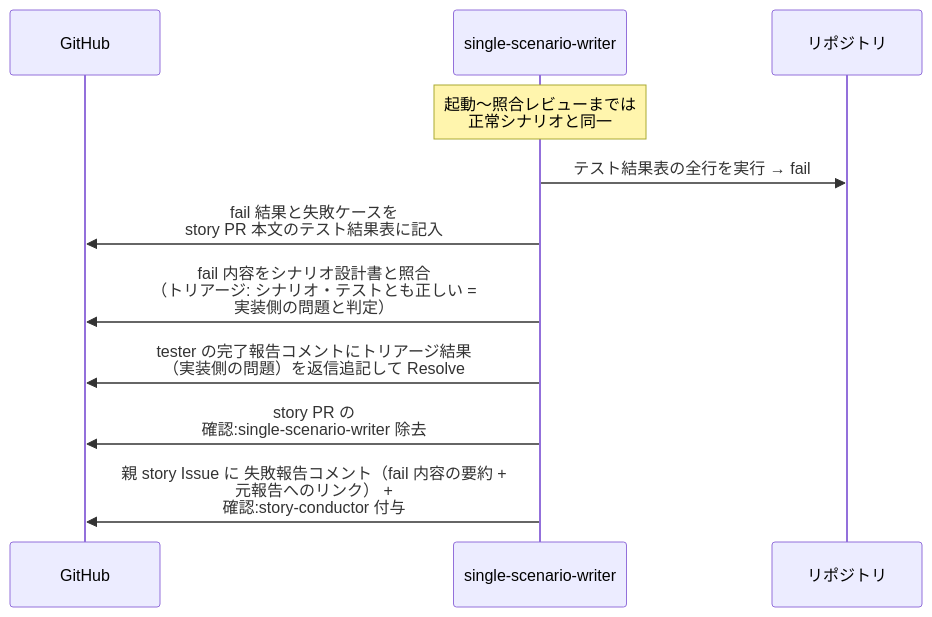
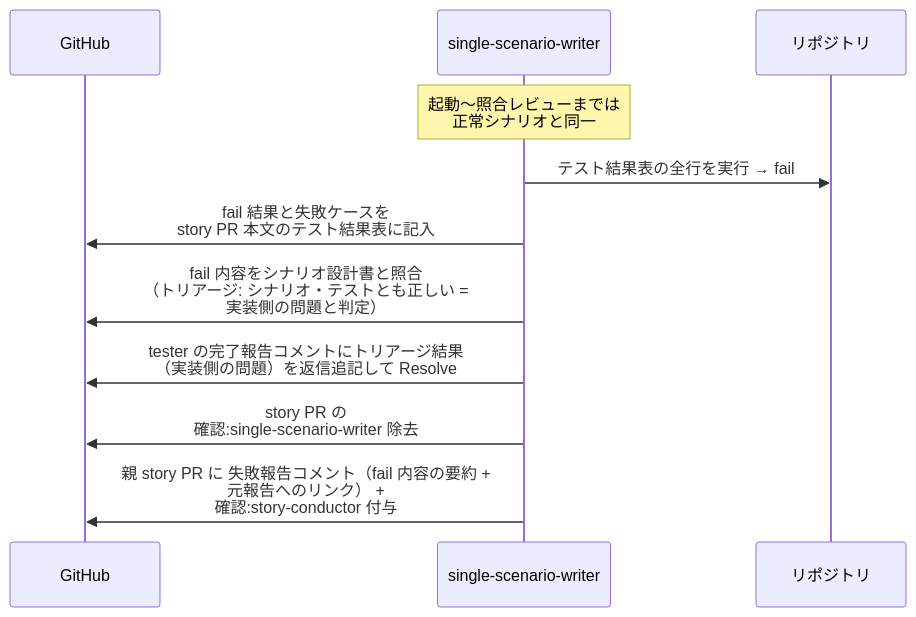
The third of 5 diagrams in docs/wiki/設計図/シナリオ/単一ユースケース/統合テストレビュー.md (shuhei1101/ai-monitor), drawn with Mermaid before and after one commit. The commit also changed other lines of this file and 256 other files, not shown here.

````diff
--- a/docs/wiki/設計図/シナリオ/単一ユースケース/統合テストレビュー.md
+++ b/docs/wiki/設計図/シナリオ/単一ユースケース/統合テストレビュー.md
@@ -113,14 +114,14 @@
 ```mermaid
 sequenceDiagram
   participant GH as GitHub
   participant MON as single-scenario-writer
   participant REPO as リポジトリ
 
   Note over MON: 起動〜照合レビューまでは<br>正常シナリオと同一
   MON->>REPO: テスト結果表の全行を実行 → fail
   MON->>GH: fail 結果と失敗ケースを<br>story PR 本文のテスト結果表に記入
   MON->>GH: fail 内容をシナリオ設計書と照合<br>（トリアージ: シナリオ・テストとも正しい =<br>実装側の問題と判定）
   MON->>GH: tester の完了報告コメントにトリアージ結果<br>（実装側の問題）を返信追記して Resolve
   MON->>GH: story PR の<br>確認:single-scenario-writer 除去
-  MON->>GH: 親 story Issue に 失敗報告コメント（fail 内容の要約 +<br>元報告へのリンク） +<br>確認:story-conductor 付与
+  MON->>GH: 親 story PR に 失敗報告コメント（fail 内容の要約 +<br>元報告へのリンク） +<br>確認:story-conductor 付与
 ```
````
